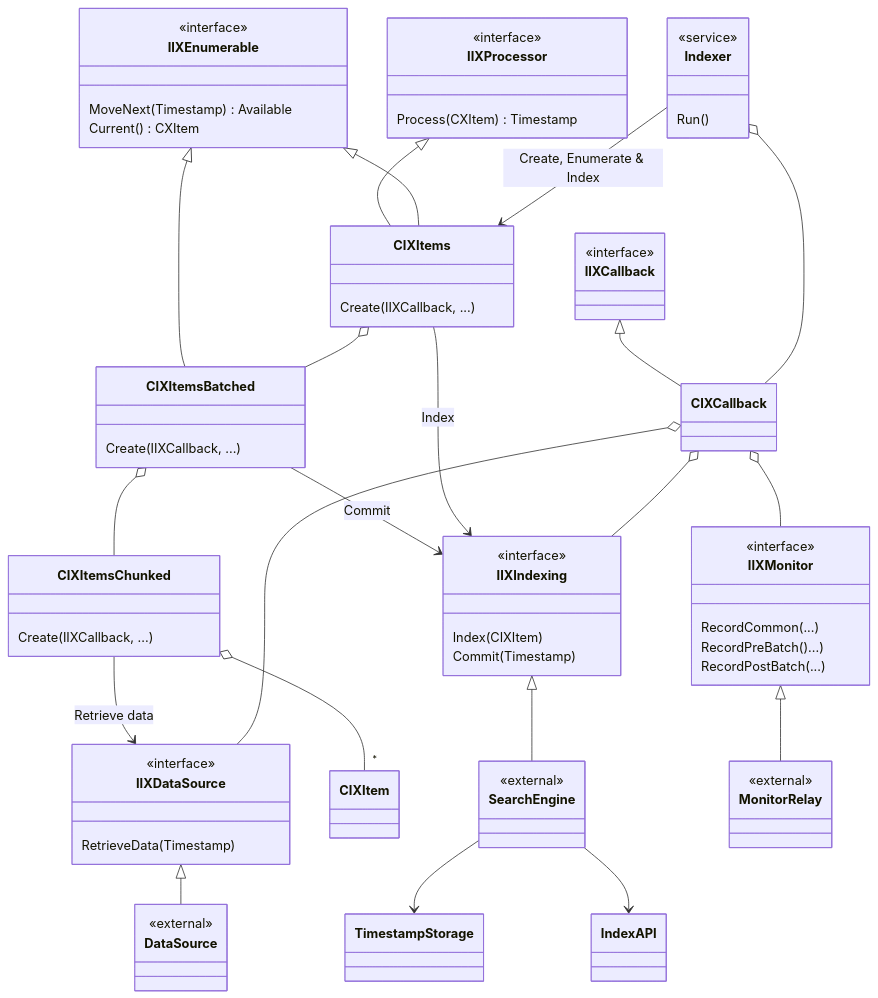
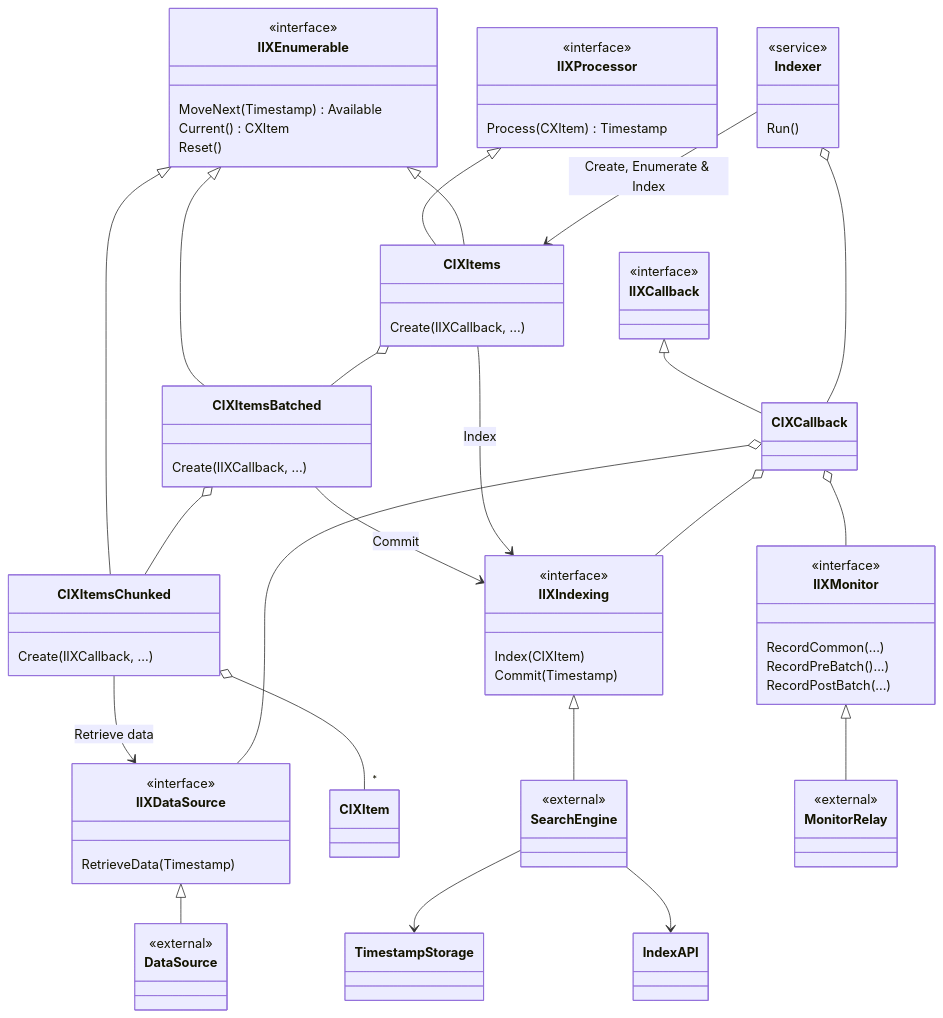
One commit to lightcaurby/Code-IXSample changed the diagram in README.md. Above: the diagram before and after it, drawn with Mermaid. The commit also changed 1 other file, not shown here.

Commit message:
Refactoring a bit.

````diff
--- a/README.md
+++ b/README.md
@@ -1,80 +1,82 @@
 ```mermaid
 classDiagram
 
 class IIXEnumerable
 <<interface>> IIXEnumerable
 IIXEnumerable : MoveNext( Timestamp ) Available
 IIXEnumerable : Current() CXItem
+IIXEnumerable : Reset()
 
 class IIXProcessor
 <<interface>> IIXProcessor
 IIXProcessor : Process( CXItem) Timestamp
 
 class IIXDataSource
 <<interface>> IIXDataSource
 IIXDataSource : RetrieveData(Timestamp) 
 
 class IIXCallback
 <<interface>> IIXCallback
 
 IIXProcessor <|-- CIXItems
 IIXEnumerable <|-- CIXItems
 IIXEnumerable <|-- CIXItemsBatched
+IIXEnumerable <|-- CIXItemsChunked
 
 CIXItems o-- CIXItemsBatched
 CIXItemsBatched o-- CIXItemsChunked
 CIXItemsChunked o-- "*" CIXItem
 
 CIXItems : Create( IIXCallback, ...)
 CIXItemsBatched : Create( IIXCallback, ...)
 CIXItemsChunked : Create( IIXCallback, ...)
 
 class DataSource
 <<external>> DataSource
 IIXDataSource <|-- DataSource
 
 
 class IIXIndexing 
 <<interface>> IIXIndexing
 IIXIndexing : Index(CIXItem)
 IIXIndexing : Commit(Timestamp)
 
 class SearchEngine
 <<external>> SearchEngine
 IIXIndexing <|-- SearchEngine
 
 SearchEngine --> TimestampStorage
 SearchEngine --> Index API
 
 class IIXMonitor
 <<interface>> IIXMonitor
 IIXMonitor : RecordCommon(...)
 IIXMonitor : RecordPreBatch()...)
 IIXMonitor : RecordPostBatch(...)
 
 class MonitorRelay
 <<external>> MonitorRelay
 IIXMonitor <|-- MonitorRelay
 
 CIXItemsChunked --> IIXDataSource : Retrieve data
 CIXItemsBatched --> IIXIndexing : Commit
 CIXItems --> IIXIndexing : Index
 
 IIXCallback <|-- CIXCallback
 CIXCallback o-- IIXDataSource
 CIXCallback o-- IIXIndexing
 CIXCallback o-- IIXMonitor
 
 %%CIXItems o-- IIXCallback
 %%CIXItemsBatched o-- IIXCallback
 %%CIXItemsChunked o-- IIXCallback
 
 class Indexer
 <<service>> Indexer
 
 Indexer --> CIXItems : Create, Enumerate & Index
 Indexer : Run()
 Indexer o-- CIXCallback
 
 
 ```
````
